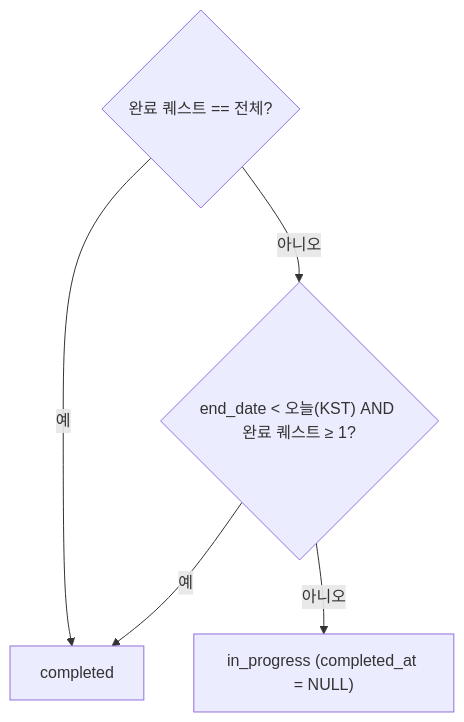
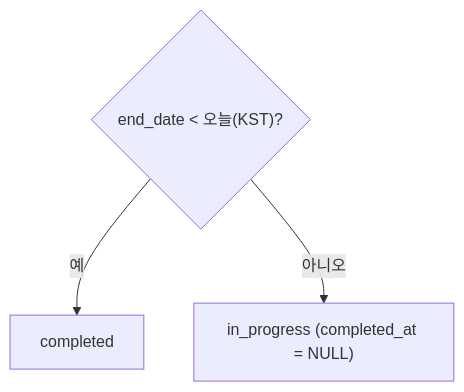
Before and after one commit to Rainbow-Developer/ColorTrip: the third of 3 diagrams in docs/specs/010-journey/description.md, drawn with Mermaid. The commit also changed other lines of this file and 25 other files, not shown here.

````diff
--- a/docs/specs/010-journey/description.md
+++ b/docs/specs/010-journey/description.md
@@ -58,7 +61,5 @@
 ```mermaid
 flowchart TD
-    A{"완료 퀘스트 == 전체?"} -->|"예"| C["completed"]
-    A -->|"아니오"| B{"end_date < 오늘(KST) AND 완료 퀘스트 ≥ 1?"}
-    B -->|"예"| C
-    B -->|"아니오"| D["in_progress (completed_at = NULL)"]
+    A{"end_date < 오늘(KST)?"} -->|"예"| C["completed"]
+    A -->|"아니오"| D["in_progress (completed_at = NULL)"]
 ```
````
